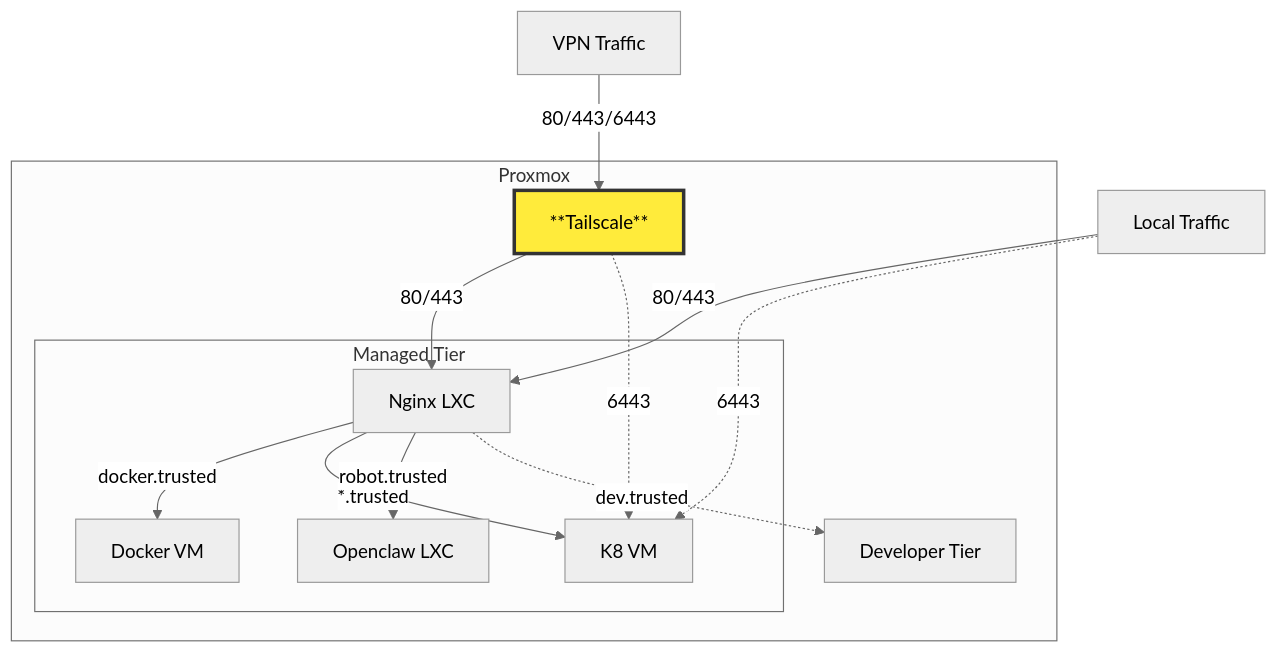
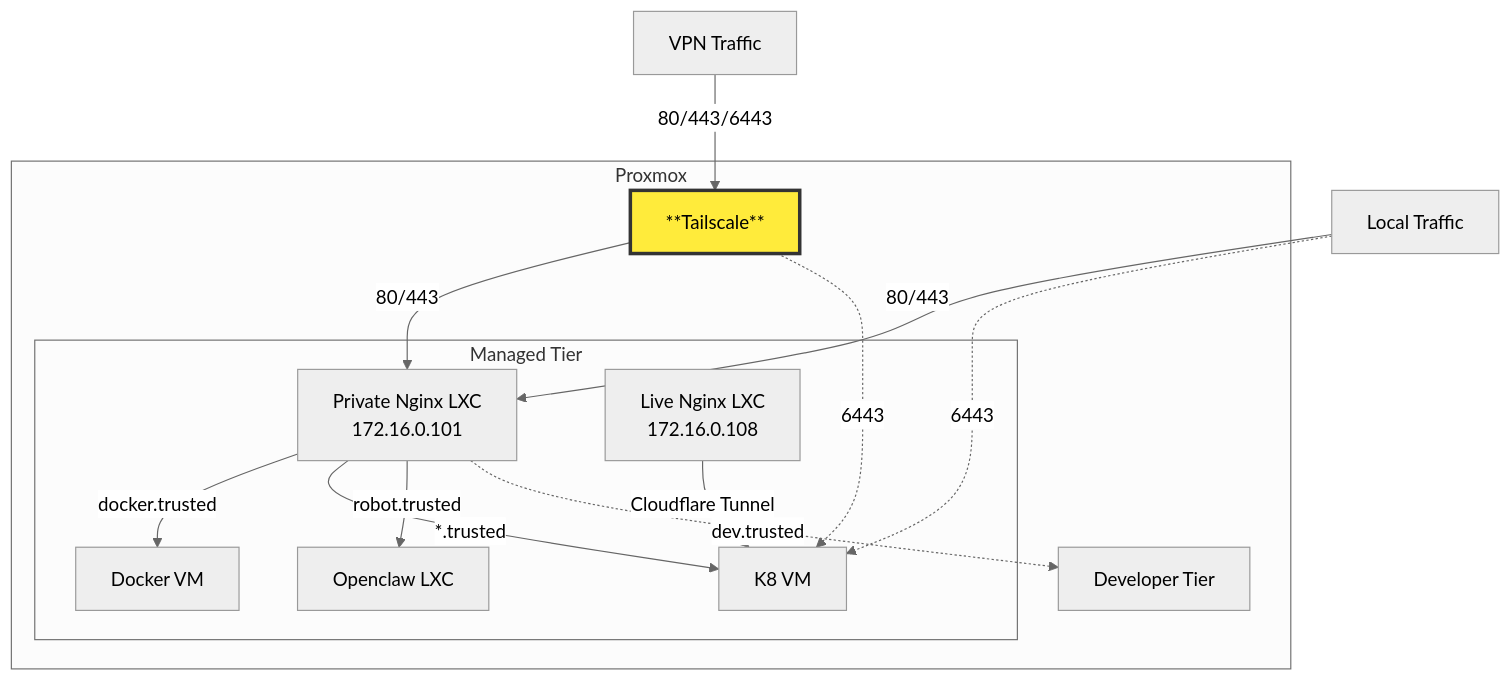
One commit to nirmalhk7/operationscenter changed the diagram in README.md. Above: the diagram before and after it, drawn with Mermaid (neutral theme). The commit also changed other lines of this file and 31 other files, not shown here.

Commit message:
feat(appwrite): public exposure with dedicated live-nginx LXC

````diff
--- a/README.md
+++ b/README.md
@@ -20,25 +20,27 @@
 ```mermaid
 graph TD
     subgraph Proxmox["Proxmox"]
         subgraph ManagedTier["Managed Tier"]
-            NginxLXC["Nginx LXC"]
+            NginxLXC["Private Nginx LXC<br/>172.16.0.101"]
+            LiveNginxLXC["Live Nginx LXC<br/>172.16.0.108"]
             DockerVM["Docker VM"]
             K8VM["K8 VM"]
             OpenclawLXC["Openclaw LXC"]
         end
         Tailscale["**Tailscale**"]:::process
         DeveloperTier["Developer Tier"]
     end
     
     LocalTraffic["Local Traffic"] -->|"80/443"| NginxLXC
     VPNTraffic["VPN Traffic"] -->|"80/443/6443"| Tailscale
     Tailscale -->|"80/443"| NginxLXC
+    LiveNginxLXC -->|"Cloudflare Tunnel"| K8VM
     NginxLXC -->|"docker.trusted"| DockerVM
     NginxLXC -->|"*.trusted"| K8VM
     NginxLXC -->|"robot.trusted"| OpenclawLXC
     NginxLXC -.->|"dev.trusted"| DeveloperTier
     Tailscale -.->|"6443"| K8VM
     LocalTraffic -.->|"6443"| K8VM
     
     classDef process fill:#ffeb3b,stroke:#333,stroke-width:3px,color:#000
 ```
````
